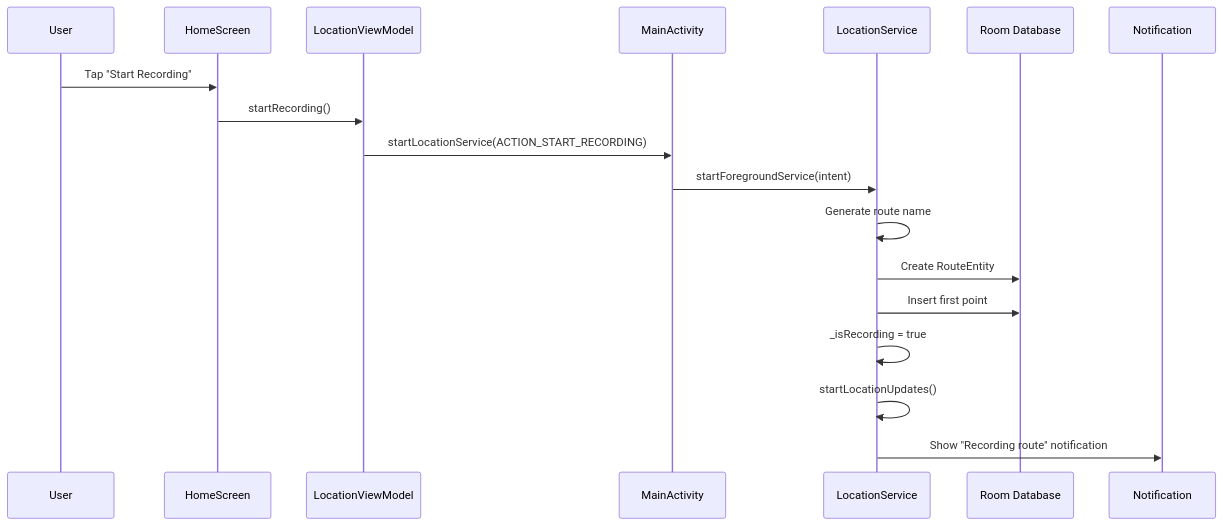
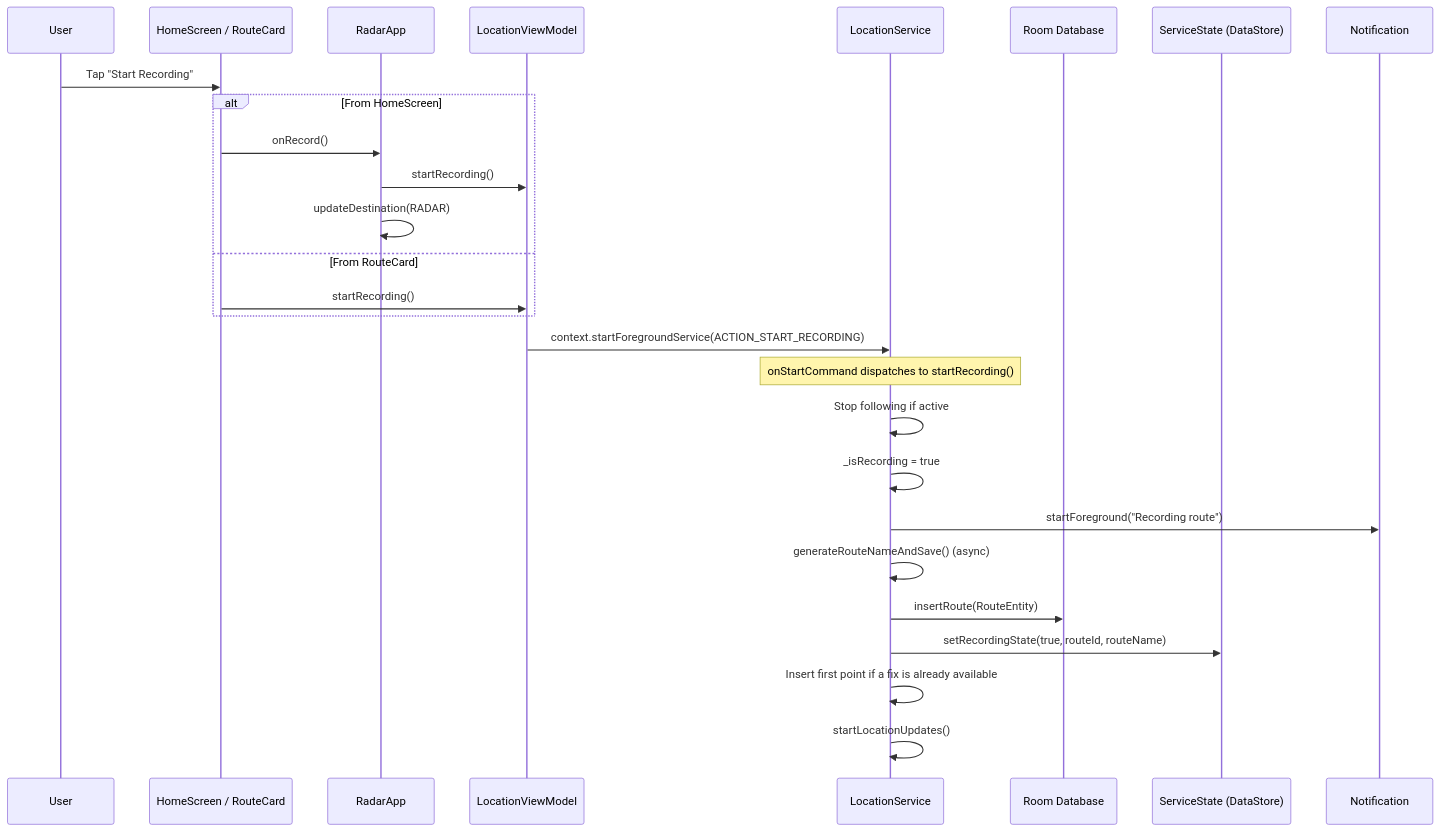
The third of 7 diagrams in docs/architecture/data-flow.md (ameraldo/Radar), drawn with Mermaid before and after one commit. The commit also changed other lines of this file and 19 other files, not shown here.

Commit message:
Added configurable recording/following distances

````diff
--- a/docs/architecture/data-flow.md
+++ b/docs/architecture/data-flow.md
@@ -79,21 +80,30 @@
 ```mermaid
 sequenceDiagram
     participant User
-    participant UI as HomeScreen
+    participant UI as HomeScreen / RouteCard
+    participant App as RadarApp
     participant VM as LocationViewModel
-    participant Main as MainActivity
     participant Service as LocationService
     participant Room as Room Database
+    participant State as ServiceState (DataStore)
     participant Notif as Notification
 
     User->>UI: Tap "Start Recording"
-    UI->>VM: startRecording()
-    VM->>Main: startLocationService(ACTION_START_RECORDING)
-    Main->>Service: startForegroundService(intent)
-    Service->>Service: Generate route name
-    Service->>Room: Create RouteEntity
-    Service->>Room: Insert first point
+    alt From HomeScreen
+        UI->>App: onRecord()
+        App->>VM: startRecording()
+        App->>App: updateDestination(RADAR)
+    else From RouteCard
+        UI->>VM: startRecording()
+    end
+    VM->>Service: context.startForegroundService(ACTION_START_RECORDING)
+    Note over Service: onStartCommand dispatches to startRecording()
+    Service->>Service: Stop following if active
     Service->>Service: _isRecording = true
+    Service->>Notif: startForeground("Recording route")
+    Service->>Service: generateRouteNameAndSave() (async)
+    Service->>Room: insertRoute(RouteEntity)
+    Service->>State: setRecordingState(true, routeId, routeName)
+    Service->>Service: Insert first point if a fix is already available
     Service->>Service: startLocationUpdates()
-    Service->>Notif: Show "Recording route" notification
 ```
````
